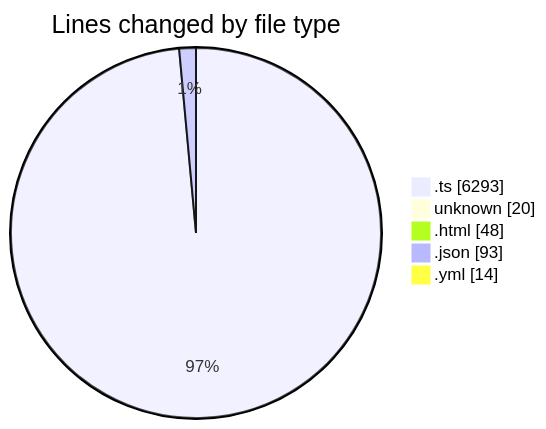
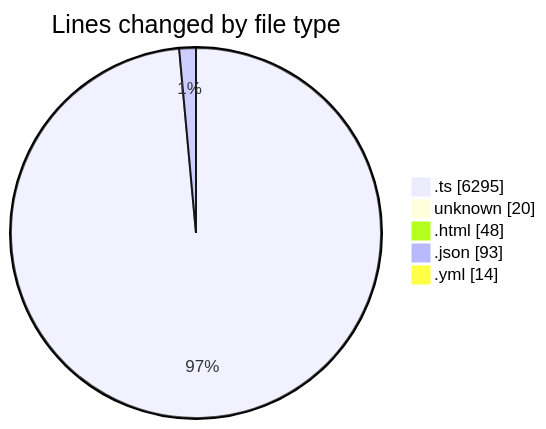
Before and after one commit to tmsrecording-cyber/code-tracking: the first of 2 diagrams in 2026-02-06/singularitybrainai/README.md, drawn with Mermaid. The commit also changed other lines of this file and 1 other file, not shown here.

````diff
--- a/2026-02-06/singularitybrainai/README.md
+++ b/2026-02-06/singularitybrainai/README.md
@@ -35,9 +35,9 @@
 ```mermaid
 pie showData
 title Lines changed by file type
-".ts" : 6293
+".ts" : 6295
 "unknown" : 20
 ".html" : 48
 ".json" : 93
 ".yml" : 14
 ```
````
